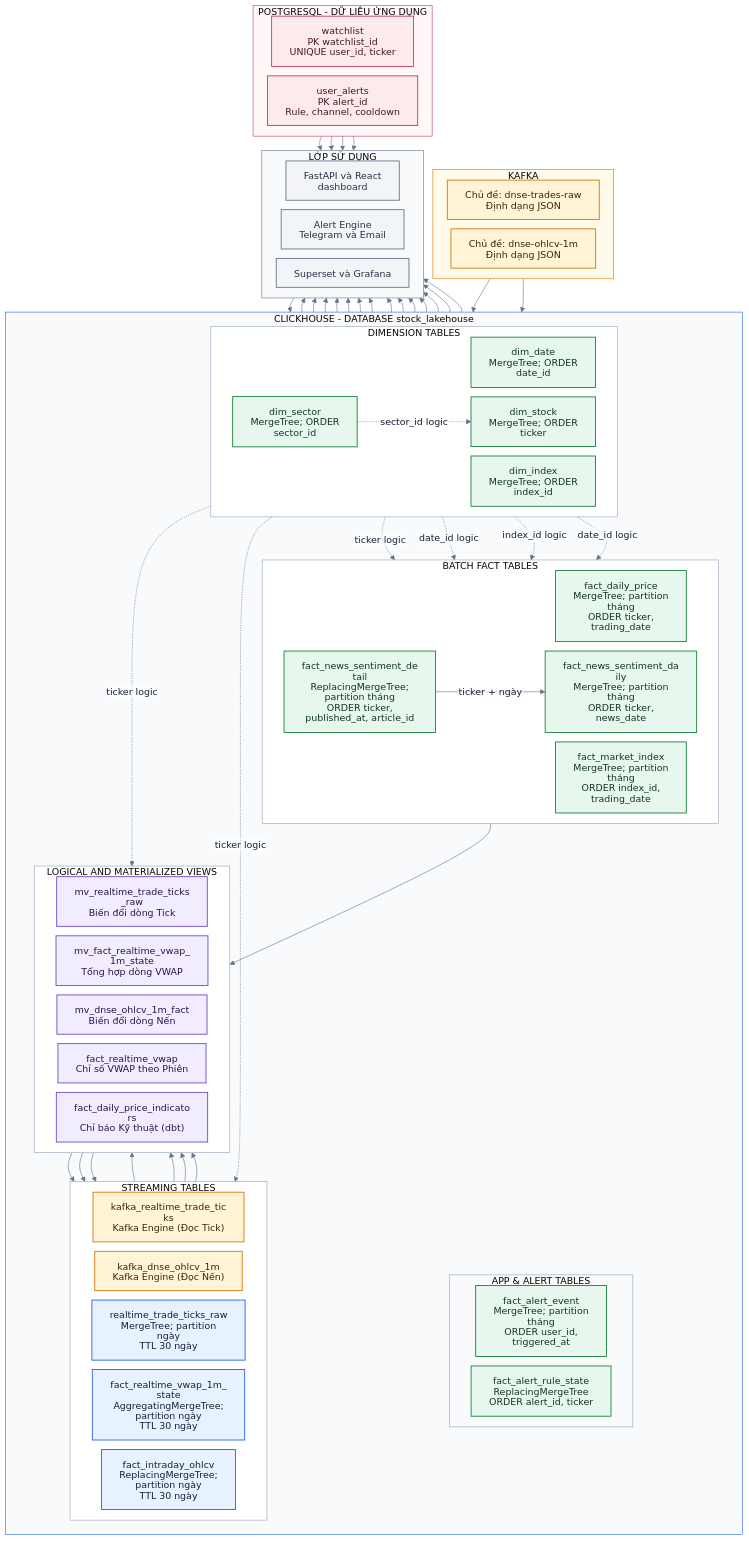
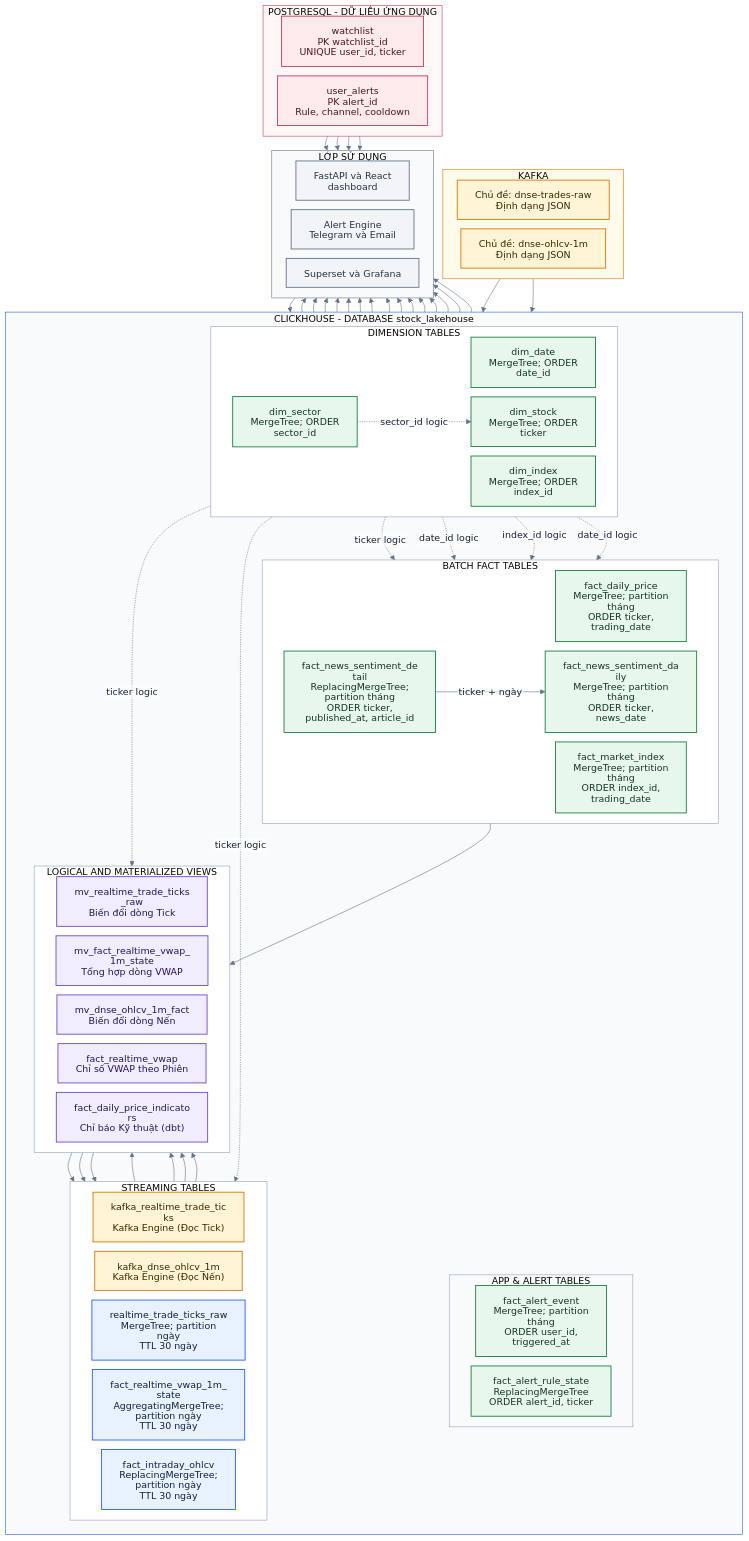
The diagram in docs/architecture/final_data_schema.mmd (mihuyen/DataEngineerVDT), drawn with Mermaid before and after one commit. The commit also changed 6 other files, not shown here.

```diff
--- a/docs/architecture/final_data_schema.mmd
+++ b/docs/architecture/final_data_schema.mmd
@@ -1,117 +1,118 @@
 %%{init: {"theme":"base","htmlLabels":false,"flowchart":{"htmlLabels":false,"curve":"basis","nodeSpacing":16,"rankSpacing":24,"diagramPadding":6},"themeVariables":{"background":"#ffffff","primaryTextColor":"#172033","lineColor":"#64748b","clusterBkg":"#f8fafc","clusterBorder":"#94a3b8","edgeLabelBackground":"#ffffff","fontFamily":"Arial"}}}%%
 flowchart TB
   classDef kafka fill:#FFF4D6,stroke:#D97706,color:#3B2600,stroke-width:1.5px;
   classDef batch fill:#E8F7EE,stroke:#16803C,color:#12351F,stroke-width:1.5px;
   classDef stream fill:#E8F1FF,stroke:#2563EB,color:#10213B,stroke-width:1.5px;
   classDef view fill:#F1ECFF,stroke:#7048C8,color:#27164D,stroke-width:1.5px;
   classDef pg fill:#FCEAEC,stroke:#C43B55,color:#4A1620,stroke-width:1.5px;
   classDef app fill:#F2F4F7,stroke:#64748B,color:#263244,stroke-width:1.5px;
   classDef future fill:#FFFFFF,stroke:#7C3AED,color:#3B1D70,stroke-width:1.5px,stroke-dasharray:5 4;
 
   subgraph BUS[KAFKA]
     direction LR
     T1[Chủ đề: dnse-trades-raw<br/>Định dạng JSON]:::kafka
     T2[Chủ đề: dnse-ohlcv-1m<br/>Định dạng JSON]:::kafka
   end
 
   subgraph CH[CLICKHOUSE - DATABASE stock_lakehouse]
     direction TB
 
     subgraph CHDIM[DIMENSION TABLES]
       direction LR
       D1[dim_date<br/>MergeTree; ORDER date_id]:::batch
       D2[dim_stock<br/>MergeTree; ORDER ticker]:::batch
       D3[dim_sector<br/>MergeTree; ORDER sector_id]:::batch
       D4[dim_index<br/>MergeTree; ORDER index_id]:::batch
     end
 
     subgraph CHBATCH[BATCH FACT TABLES]
       direction LR
       F1[fact_daily_price<br/>MergeTree; partition tháng<br/>ORDER ticker, trading_date]:::batch
       F2[fact_market_index<br/>MergeTree; partition tháng<br/>ORDER index_id, trading_date]:::batch
       F5[fact_news_sentiment_detail<br/>ReplacingMergeTree; partition tháng<br/>ORDER ticker, published_at, article_id]:::batch
       F6[fact_news_sentiment_daily<br/>MergeTree; partition tháng<br/>ORDER ticker, news_date]:::batch
     end
 
     subgraph CHAPP[APP & ALERT TABLES]
       direction LR
       F3[fact_alert_event<br/>MergeTree; partition tháng<br/>ORDER user_id, triggered_at]:::batch
       F4[fact_alert_rule_state<br/>ReplacingMergeTree<br/>ORDER alert_id, ticker]:::batch
     end
 
     subgraph CHSTREAM[STREAMING TABLES]
       direction LR
       K1["kafka_realtime_trade_ticks<br/>Kafka Engine (Đọc Tick)"]:::kafka
       K2["kafka_dnse_ohlcv_1m<br/>Kafka Engine (Đọc Nến)"]:::kafka
       R1[realtime_trade_ticks_raw<br/>MergeTree; partition ngày<br/>TTL 30 ngày]:::stream
       R2[fact_realtime_vwap_1m_state<br/>AggregatingMergeTree; partition ngày<br/>TTL 30 ngày]:::stream
       R3[fact_intraday_ohlcv<br/>ReplacingMergeTree; partition ngày<br/>TTL 30 ngày]:::stream
     end
 
     subgraph CHVIEW[LOGICAL AND MATERIALIZED VIEWS]
       direction LR
       MV1[mv_realtime_trade_ticks_raw<br/>Biến đổi dòng Tick]:::view
       MV2[mv_fact_realtime_vwap_1m_state<br/>Tổng hợp dòng VWAP]:::view
       MV3[mv_dnse_ohlcv_1m_fact<br/>Biến đổi dòng Nến]:::view
       V1[fact_realtime_vwap<br/>Chỉ số VWAP theo Phiên]:::view
       V2["fact_daily_price_indicators<br/>Chỉ báo Kỹ thuật (dbt)"]:::view
     end
   end
 
   subgraph PG[POSTGRESQL - DỮ LIỆU ỨNG DỤNG]
     direction LR
     P1[watchlist<br/>PK watchlist_id<br/>UNIQUE user_id, ticker]:::pg
     P2[user_alerts<br/>PK alert_id<br/>Rule, channel, cooldown]:::pg
   end
 
   subgraph CONSUMER[LỚP SỬ DỤNG]
     direction LR
     A1[FastAPI và React dashboard]:::app
     A2[Alert Engine<br/>Telegram và Email]:::app
     A3[Superset và Grafana]:::app
   end
 
   T1 --> K1
   T2 --> K2
   K1 --> MV1 --> R1
   K1 --> MV2 --> R2 --> V1
   K2 --> MV3 --> R3
 
   D3 -. sector_id logic .-> D2
   D2 -. ticker logic .-> F1
   D1 -. date_id logic .-> F1
   D4 -. index_id logic .-> F2
   D1 -. date_id logic .-> F2
   F1 --> V2
   D2 -. ticker logic .-> R3
   D2 -. ticker logic .-> V1
   F5 -->|ticker + ngày| F6
   P2 --> A2
   P1 --> A2
   V2 --> A2
   V1 --> A2
   A2 --> F3
 
   D1 --> A1
   D2 --> A1
   F1 --> A1
   F2 --> A1
   R3 --> A1
   V1 --> A1
   P1 --> A1
   P2 --> A1
   V2 --> A1
+  F5 --> A1
   F6 --> A1
   F1 --> A3
   F2 --> A3
   F3 --> A3
   F6 --> A3
 
   style BUS fill:#FFFBEB,stroke:#D97706,color:#172033
   style CH fill:#F8FAFC,stroke:#2563EB,color:#172033
   style CHDIM fill:#FFFFFF,stroke:#94A3B8,color:#172033
   style CHBATCH fill:#FFFFFF,stroke:#94A3B8,color:#172033
   style CHSTREAM fill:#FFFFFF,stroke:#94A3B8,color:#172033
   style CHVIEW fill:#FFFFFF,stroke:#94A3B8,color:#172033
   style PG fill:#FFF7F8,stroke:#C43B55,color:#172033
   style CONSUMER fill:#F8FAFC,stroke:#64748B,color:#172033
```
